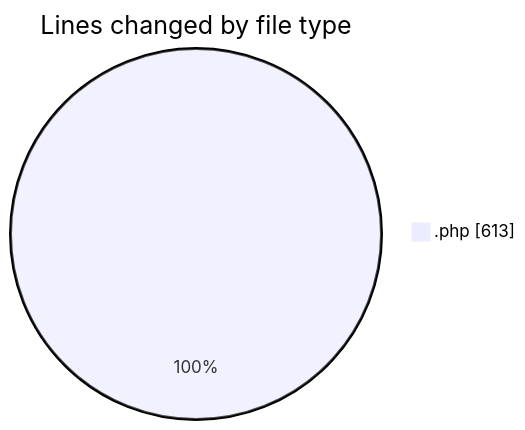
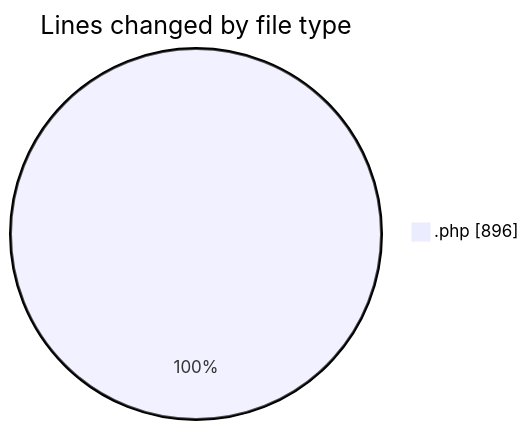
One commit to lephambinh05/code-tracking changed the first of 2 diagrams in 2025-08-20/quytuthien_vn/README.md. Above: the diagram before and after it, drawn with Mermaid. The commit also changed other lines of this file and 1 other file, not shown here.

````diff
--- a/2025-08-20/quytuthien_vn/README.md
+++ b/2025-08-20/quytuthien_vn/README.md
@@ -30,5 +33,5 @@
 ```mermaid
 pie showData
 title Lines changed by file type
-".php" : 613
+".php" : 896
 ```
````
